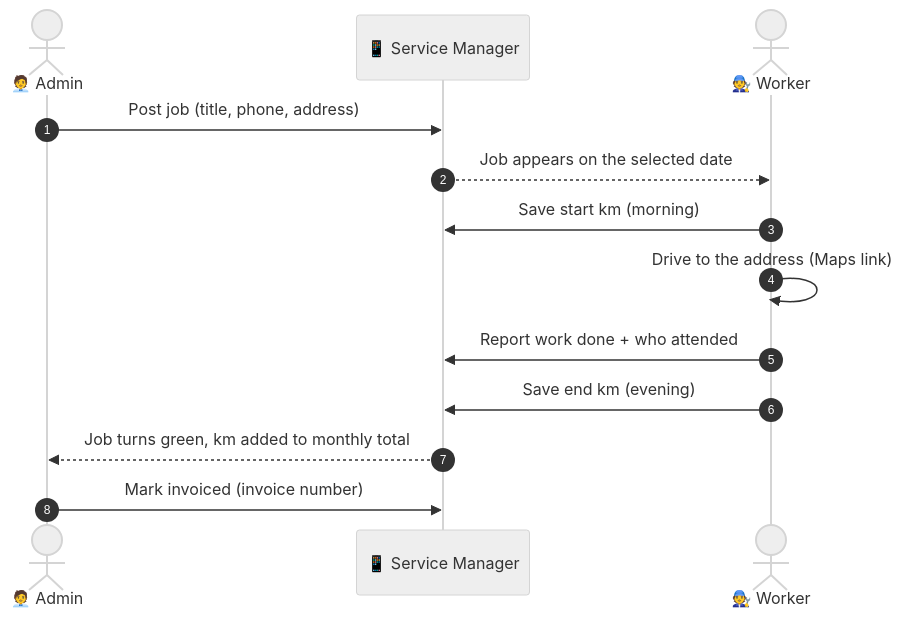
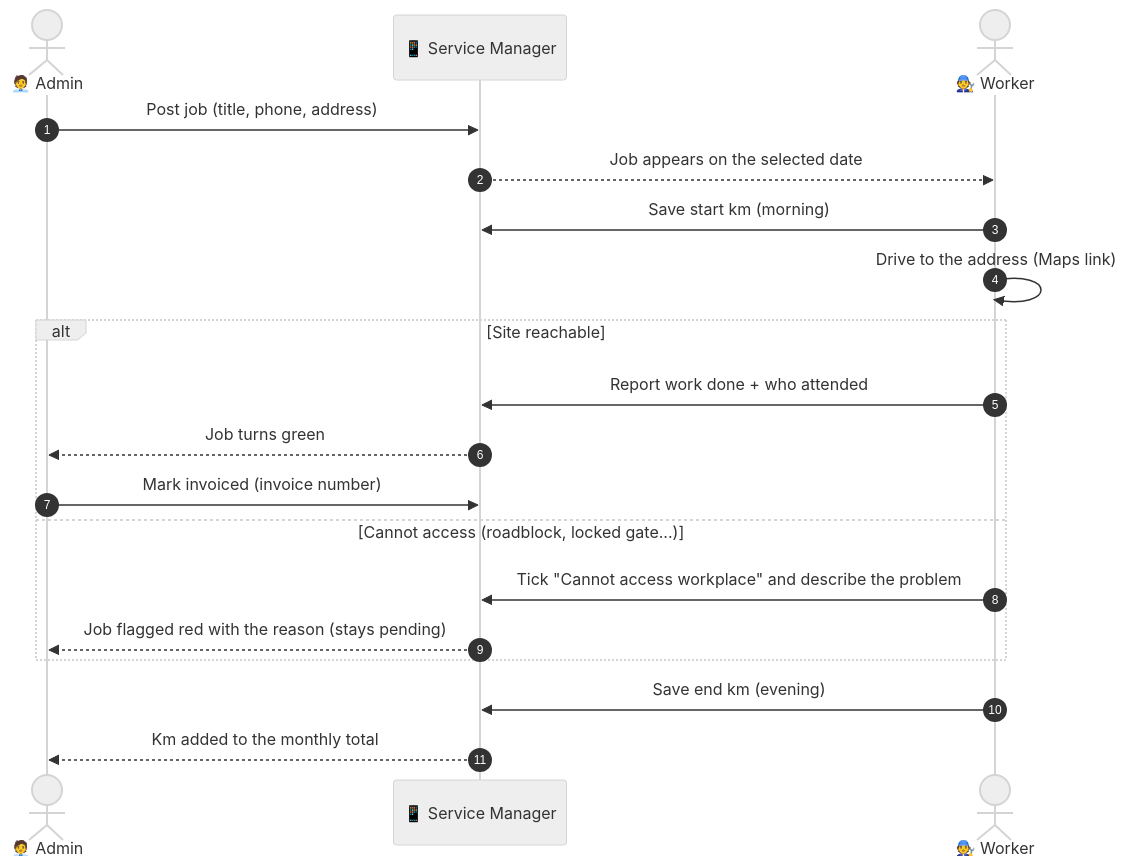
Before and after one commit to sankhas-desk/cctv-manager: the first of 3 diagrams in README.md, drawn with Mermaid (neutral theme). The commit also changed other lines of this file, not shown here.

````diff
--- a/README.md
+++ b/README.md
@@ -47,16 +48,22 @@
 ```mermaid
 sequenceDiagram
     autonumber
     actor A as 🧑‍💼 Admin
     participant S as 📱 Service Manager
     actor W as 🧑‍🔧 Worker
 
     A->>S: Post job (title, phone, address)
     S-->>W: Job appears on the selected date
     W->>S: Save start km (morning)
     W->>W: Drive to the address (Maps link)
-    W->>S: Report work done + who attended
+    alt Site reachable
+        W->>S: Report work done + who attended
+        S-->>A: Job turns green
+        A->>S: Mark invoiced (invoice number)
+    else Cannot access (roadblock, locked gate...)
+        W->>S: Tick "Cannot access workplace" and describe the problem
+        S-->>A: Job flagged red with the reason (stays pending)
+    end
     W->>S: Save end km (evening)
-    S-->>A: Job turns green, km added to monthly total
-    A->>S: Mark invoiced (invoice number)
+    S-->>A: Km added to the monthly total
 ```
````
